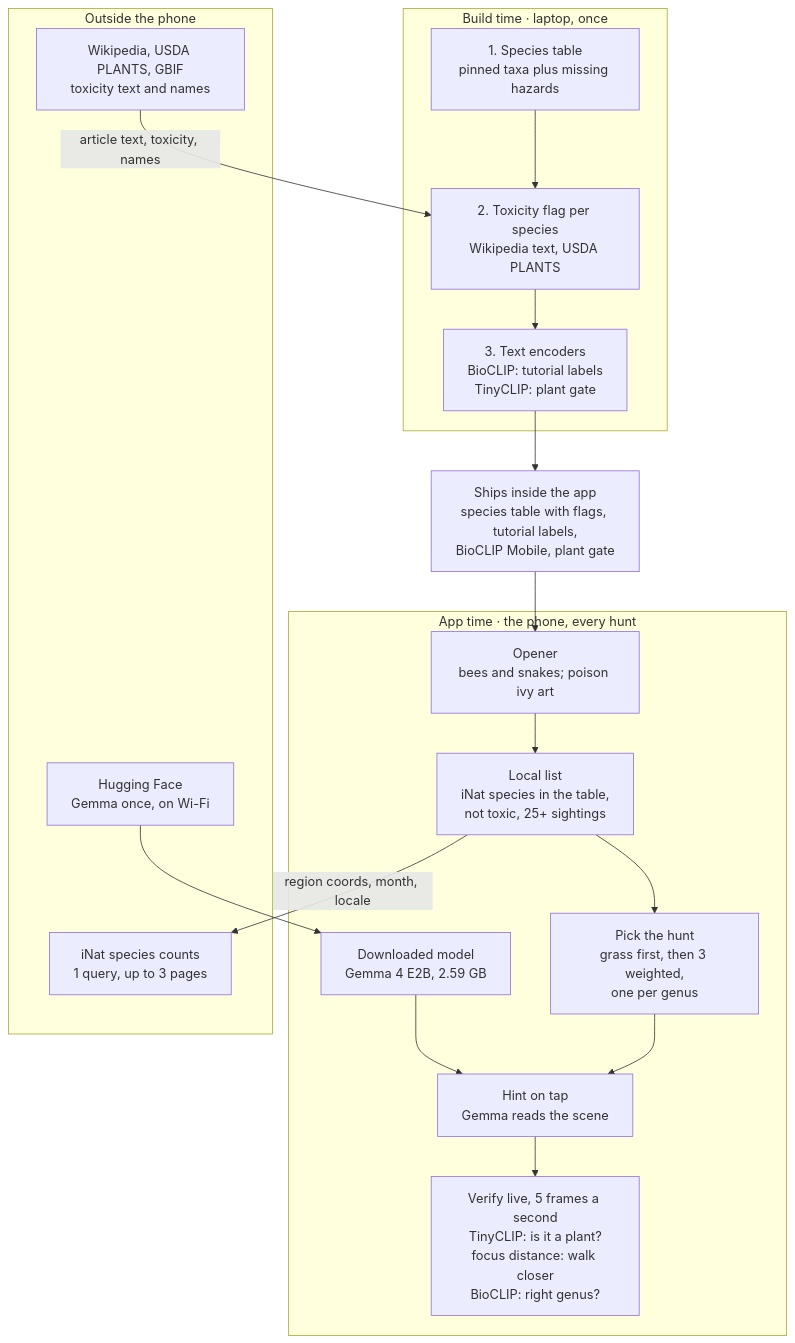
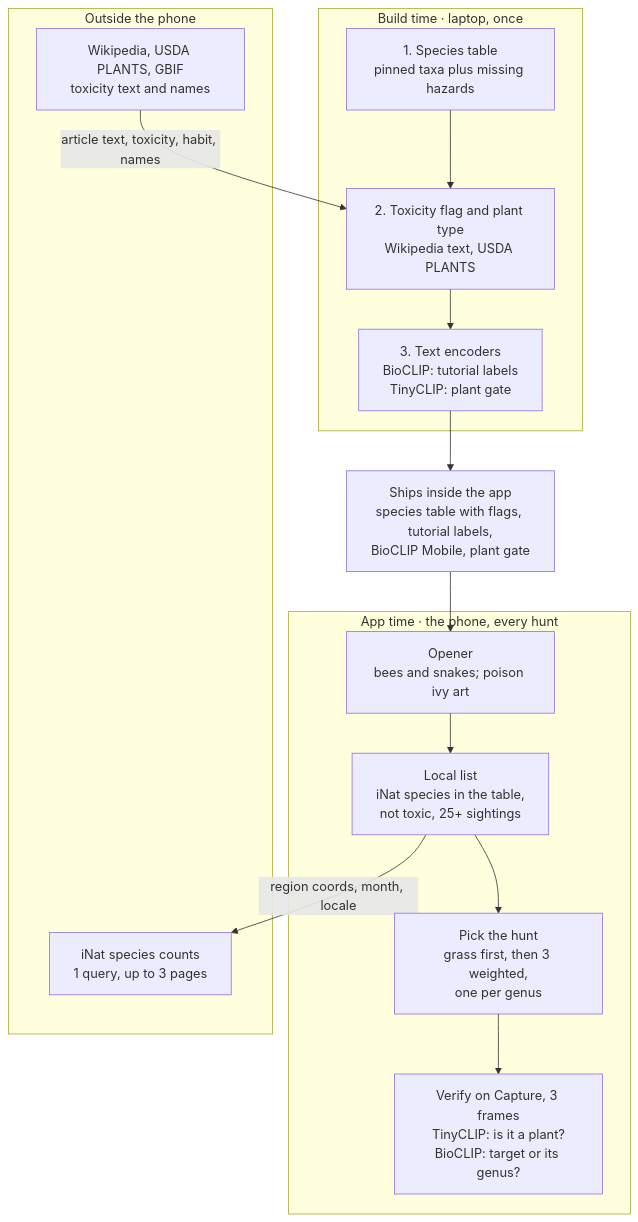
One commit to anchildress1/wild-find changed the diagram in docs/PRD.md. Above: the diagram before and after it, drawn with Mermaid. The commit also changed other lines of this file and 3 other files, not shown here.

First line of the commit message:
docs: record shipping without Gemma, hints, or continuous verify

````diff
--- a/docs/PRD.md
+++ b/docs/PRD.md
@@ -186,39 +183,34 @@
 ```mermaid
 %%{init: {'theme': 'default'}}%%
 flowchart TD
     accTitle: wild-find architecture
-    accDescr: Build time runs once on a laptop and ships the species table with hazard and toxicity flags, the tutorial label vectors, BioCLIP Mobile, and the plant gate inside the app. At app time the phone pulls the local species list, filters it against the table, picks the hunt, writes hints from the camera scene, and verifies live with the plant gate and BioCLIP. Photos and precise location never leave the phone.
+    accDescr: Build time runs once on a laptop and ships the species table with hazard and toxicity flags, the tutorial label vectors, BioCLIP Mobile, and the plant gate inside the app. At app time the phone pulls the local species list, filters it against the table, picks the hunt, and verifies each capture with the plant gate and BioCLIP. Photos and precise location never leave the phone.
 
     subgraph build["Build time · laptop, once"]
         B1["1. Species table<br/>pinned taxa plus missing hazards"]
-        B2["2. Toxicity flag per species<br/>Wikipedia text, USDA PLANTS"]
+        B2["2. Toxicity flag and plant type<br/>Wikipedia text, USDA PLANTS"]
         B3["3. Text encoders<br/>BioCLIP: tutorial labels<br/>TinyCLIP: plant gate"]
         B1 --> B2 --> B3
     end
 
     SHIP["Ships inside the app<br/>species table with flags, tutorial labels,<br/>BioCLIP Mobile, plant gate"]
     B3 --> SHIP
 
     subgraph app["App time · the phone, every hunt"]
         A1["Opener<br/>bees and snakes; poison ivy art"]
         A2["Local list<br/>iNat species in the table,<br/>not toxic, 25+ sightings"]
         A3["Pick the hunt<br/>grass first, then 3 weighted,<br/>one per genus"]
-        A4["Hint on tap<br/>Gemma reads the scene"]
-        A5["Verify live, 5 frames a second<br/>TinyCLIP: is it a plant?<br/>focus distance: walk closer<br/>BioCLIP: right genus?"]
-        M["Downloaded model<br/>Gemma 4 E2B, 2.59 GB"]
-        A1 --> A2 --> A3 --> A4 --> A5
-        M --> A4
+        A5["Verify on Capture, 3 frames<br/>TinyCLIP: is it a plant?<br/>BioCLIP: target or its genus?"]
+        A1 --> A2 --> A3 --> A5
     end
 
     SHIP --> A1
 
     subgraph outside["Outside the phone"]
         E2["Wikipedia, USDA PLANTS, GBIF<br/>toxicity text and names"]
         E3["iNat species counts<br/>1 query, up to 3 pages"]
-        E4["Hugging Face<br/>Gemma once, on Wi-Fi"]
     end
 
-    E2 -- "article text, toxicity, names" --> B2
+    E2 -- "article text, toxicity, habit, names" --> B2
     A2 -- "region coords, month, locale" --> E3
-    E4 --> M
 ```
````
